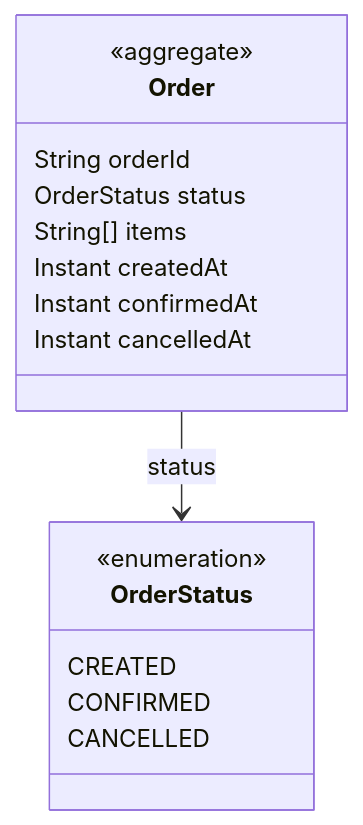
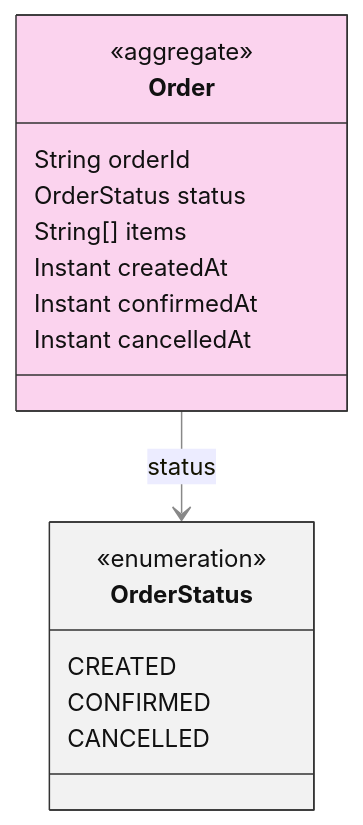
One commit to ZenWave360/dsl-kotlin changed the third of 4 diagrams in dsl-docs/src/commonTest/resources/snapshots/orders-checkout/domain.md. Above: the diagram before and after it, drawn with Mermaid. The commit also changed other lines of this file and 21 other files, not shown here.

Commit message:
feat(views): event class diagrams, light class diagram styling, command adapters

````diff
--- a/dsl-docs/src/commonTest/resources/snapshots/orders-checkout/domain.md
+++ b/dsl-docs/src/commonTest/resources/snapshots/orders-checkout/domain.md
@@ -98,19 +98,28 @@
 ```mermaid
+---
+config:
+  theme: default
+  themeVariables:
+    lineColor: "#888888"
+    edgeLabelBackground: "#ffffff"
+---
 classDiagram
     class Order {
         <<aggregate>>
         String orderId
         OrderStatus status
         String[] items
         Instant createdAt
         Instant confirmedAt
         Instant cancelledAt
     }
     class OrderStatus {
         <<enumeration>>
         CREATED
         CONFIRMED
         CANCELLED
     }
     Order --> OrderStatus : status
+    style Order fill:#fbd3ee,stroke:#333333,color:#111111
+    style OrderStatus fill:#f2f2f2,stroke:#333333,color:#111111
 ```
````
